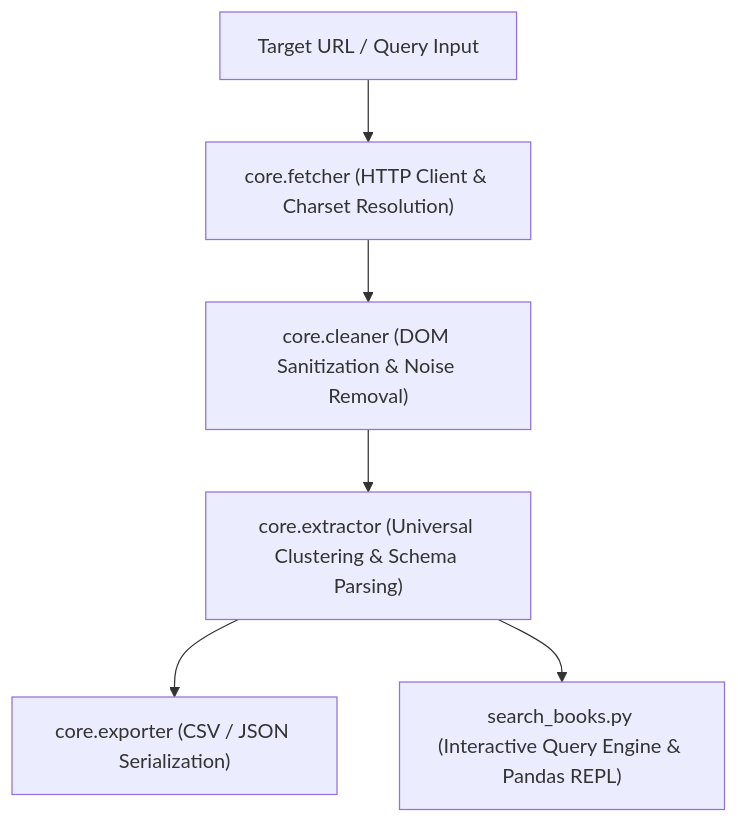
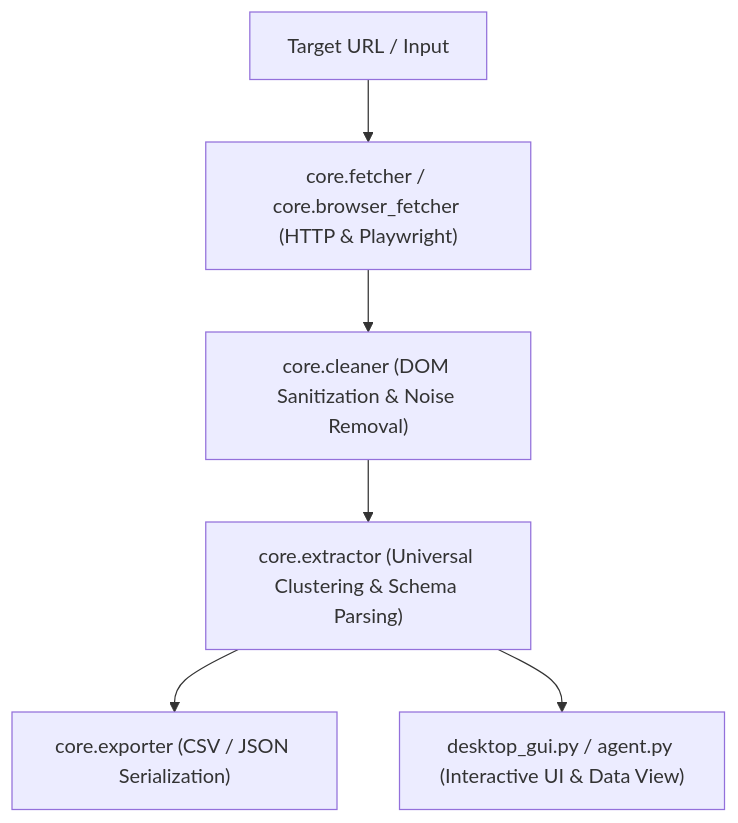
The diagram in README.md (AslanRunner/scrape-agent), drawn with Mermaid before and after one commit. The commit also changed other lines of this file and 8 other files, not shown here.

````diff
--- a/README.md
+++ b/README.md
@@ -32,8 +32,8 @@
 ```mermaid
 flowchart TD
-    A["Target URL / Query Input"] --> B["core.fetcher (HTTP Client & Charset Resolution)"]
+    A["Target URL / Input"] --> B["core.fetcher / core.browser_fetcher (HTTP & Playwright)"]
     B --> C["core.cleaner (DOM Sanitization & Noise Removal)"]
     C --> D["core.extractor (Universal Clustering & Schema Parsing)"]
     D --> E["core.exporter (CSV / JSON Serialization)"]
-    D --> F["search_books.py (Interactive Query Engine & Pandas REPL)"]
+    D --> F["desktop_gui.py / agent.py (Interactive UI & Data View)"]
 ```
````
